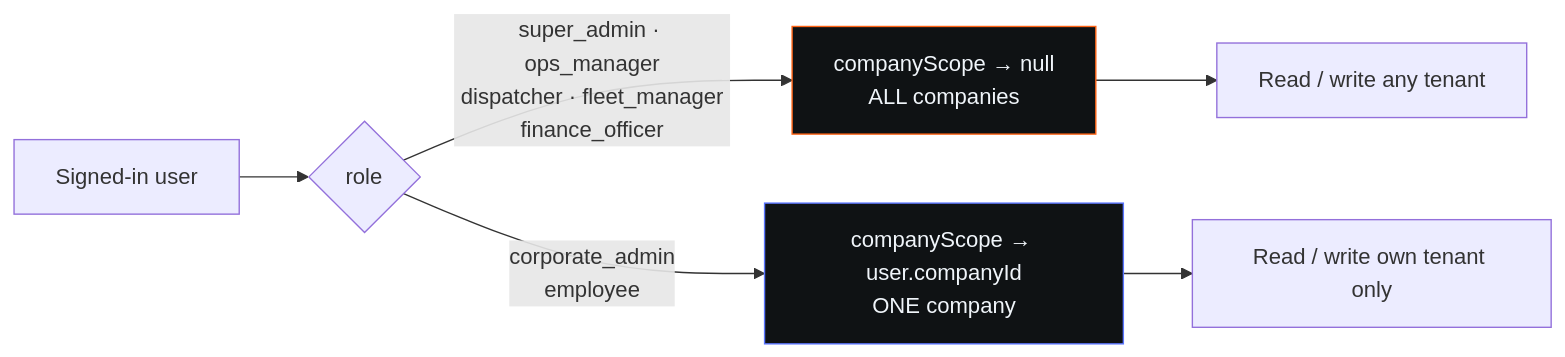
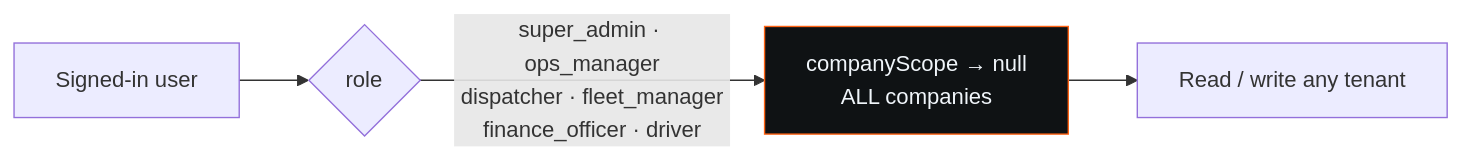
Before and after one commit to iwani1/RTS: the fifth of 9 diagrams in docs/ARCHITECTURE.md, drawn with Mermaid. The commit also changed other lines of this file and 74 other files, not shown here.

First line of the commit message:
feat: rename to RTS and retire the employee/passenger and corporate HR roles

````diff
--- a/docs/ARCHITECTURE.md
+++ b/docs/ARCHITECTURE.md
@@ -267,14 +263,10 @@
 ```mermaid
 flowchart LR
     U[Signed-in user] --> S{role}
-    S -->|super_admin · ops_manager<br/>dispatcher · fleet_manager<br/>finance_officer| P[companyScope → null<br/>ALL companies]
-    S -->|corporate_admin<br/>employee| T[companyScope → user.companyId<br/>ONE company]
+    S -->|super_admin · ops_manager<br/>dispatcher · fleet_manager<br/>finance_officer · driver| P[companyScope → null<br/>ALL companies]
 
     P --> Q[Read / write any tenant]
-    T --> R[Read / write own tenant only]
 
-    classDef scoped fill:#0f1214,stroke:#5b76ff,color:#f0f5fa
     classDef platform fill:#0f1214,stroke:#ff6314,color:#f0f5fa
-    class T scoped
     class P platform
 ```
````
